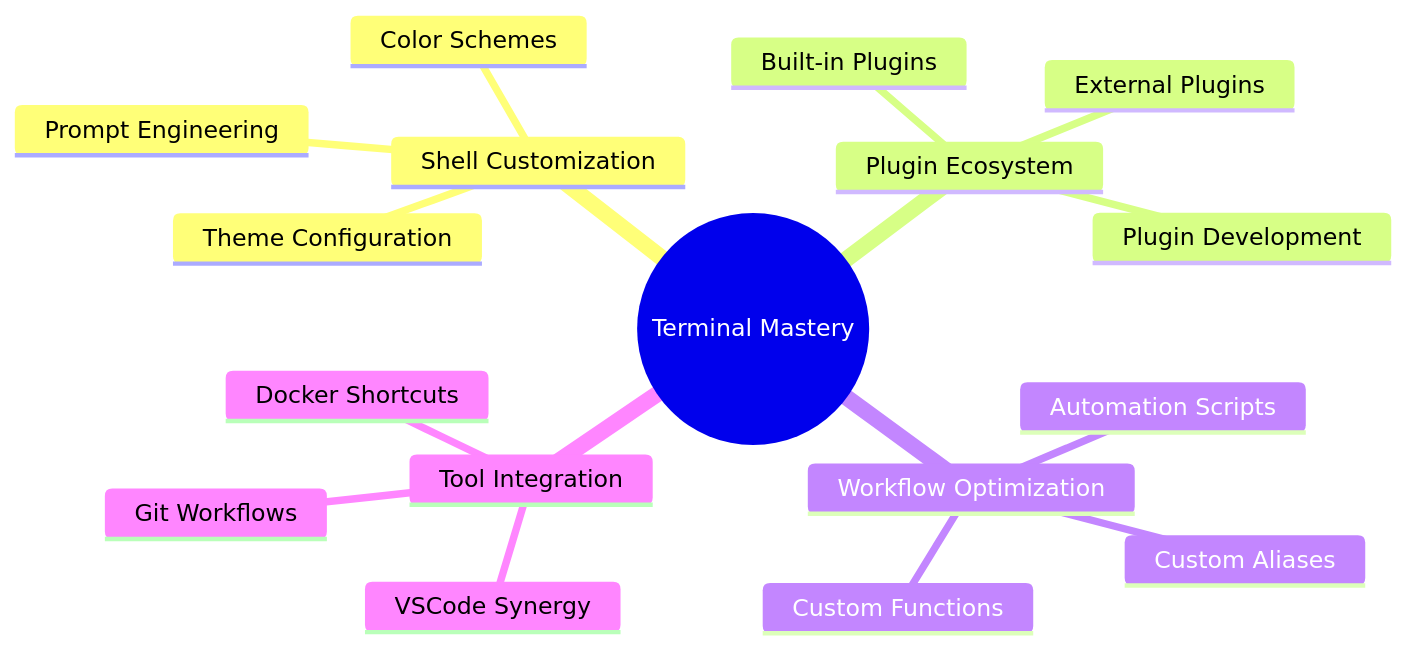
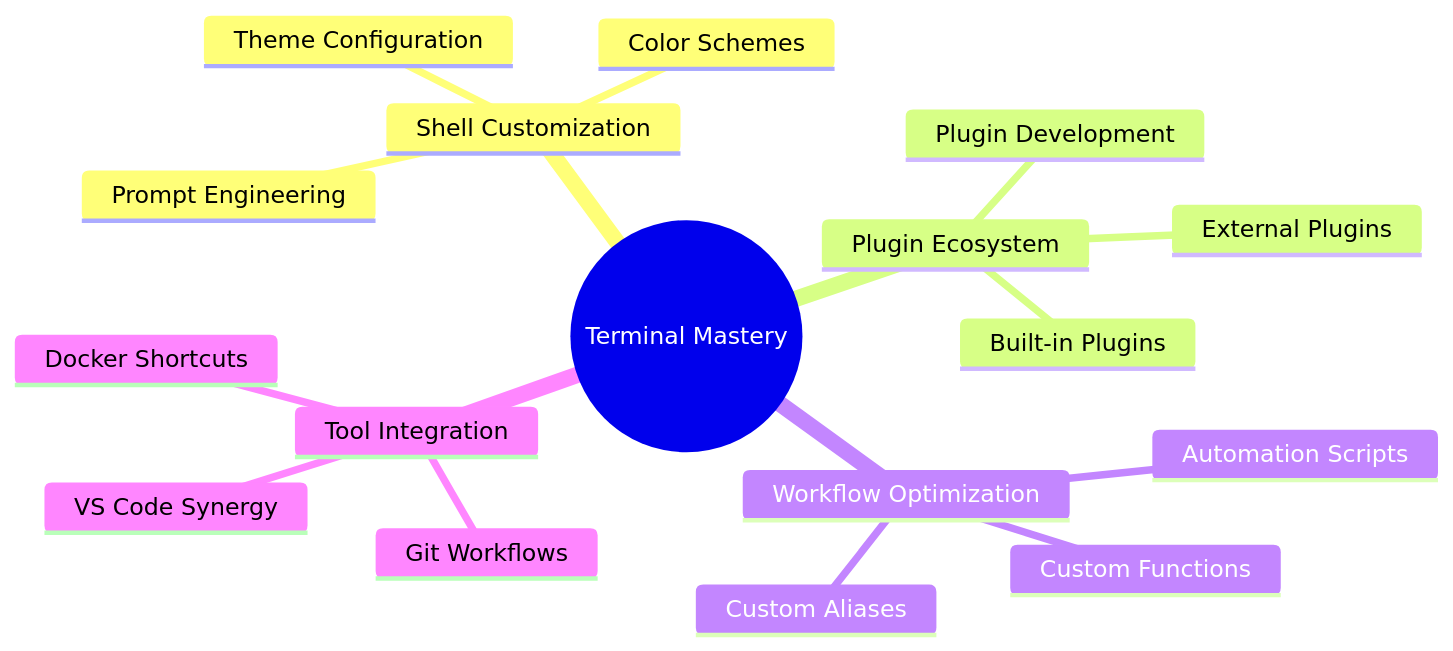
The sixth of 7 diagrams in docs/it-journey/pages/_quests/0010/oh-my-zsh-terminal-enchantment.md (bamr87/README), drawn with Mermaid before and after one commit. The commit also changed other lines of this file and 911 other files, not shown here.

````diff
--- a/docs/it-journey/pages/_quests/0010/oh-my-zsh-terminal-enchantment.md
+++ b/docs/it-journey/pages/_quests/0010/oh-my-zsh-terminal-enchantment.md
@@ -1172,20 +1284,20 @@
 ```mermaid
 mindmap
   root((Terminal Mastery))
     Shell Customization
       Theme Configuration
       Prompt Engineering
       Color Schemes
     Plugin Ecosystem
       Built-in Plugins
       External Plugins
       Plugin Development
     Workflow Optimization
       Custom Aliases
       Custom Functions
       Automation Scripts
     Tool Integration
-      VSCode Synergy
+      VS Code Synergy
       Git Workflows
       Docker Shortcuts
 ```
````
